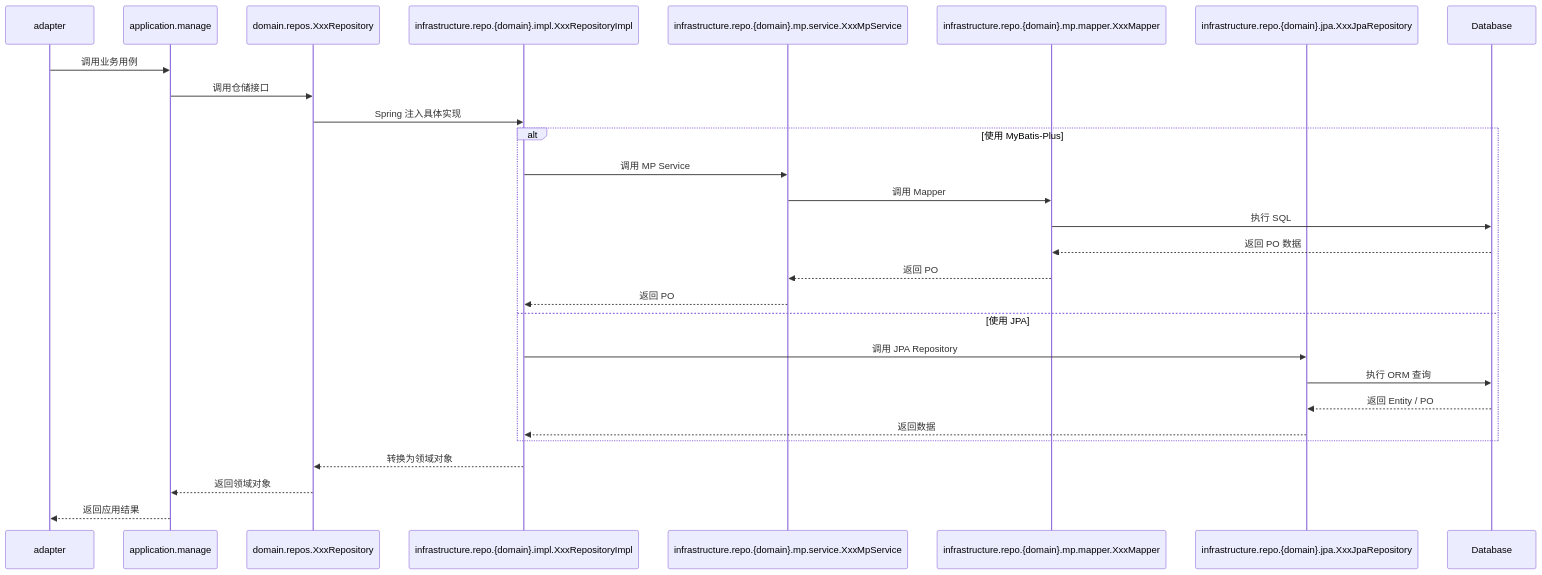
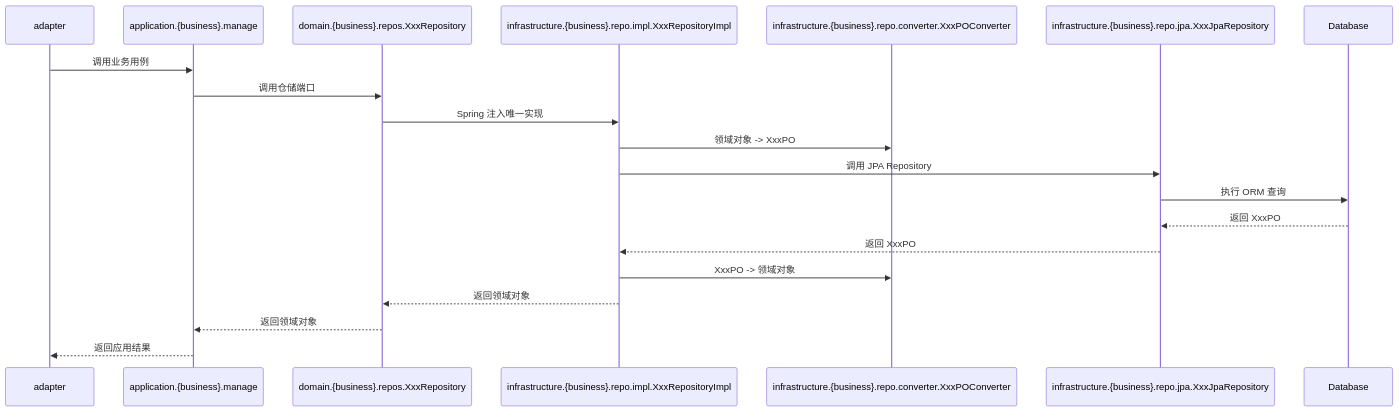
The ninth of 19 diagrams in egon-cola-archetypes/architecture-mermaid-diagrams.md (AllenDEricDAlexander/Egon-COLA), drawn with Mermaid before and after one commit. The commit also changed other lines of this file and 32 other files, not shown here.

First line of the commit message:
fix(archetypes): make architecture governance actually enforce, correct guide docs

````diff
--- a/egon-cola-archetypes/architecture-mermaid-diagrams.md
+++ b/egon-cola-archetypes/architecture-mermaid-diagrams.md
@@ -216,32 +256,22 @@
 ```mermaid
 sequenceDiagram
     participant Adapter as adapter
-    participant App as application.manage
-    participant DomainRepo as domain.repos.XxxRepository
-    participant RepoImpl as infrastructure.repo.{domain}.impl.XxxRepositoryImpl
-    participant MpService as infrastructure.repo.{domain}.mp.service.XxxMpService
-    participant Mapper as infrastructure.repo.{domain}.mp.mapper.XxxMapper
-    participant JpaRepo as infrastructure.repo.{domain}.jpa.XxxJpaRepository
+    participant App as application.{business}.manage
+    participant DomainRepo as domain.{business}.repos.XxxRepository
+    participant RepoImpl as infrastructure.{business}.repo.impl.XxxRepositoryImpl
+    participant Converter as infrastructure.{business}.repo.converter.XxxPOConverter
+    participant JpaRepo as infrastructure.{business}.repo.jpa.XxxJpaRepository
     participant DB as Database
     Adapter ->> App: 调用业务用例
-    App ->> DomainRepo: 调用仓储接口
-    DomainRepo ->> RepoImpl: Spring 注入具体实现
-
-    alt 使用 MyBatis-Plus
-        RepoImpl ->> MpService: 调用 MP Service
-        MpService ->> Mapper: 调用 Mapper
-        Mapper ->> DB: 执行 SQL
-        DB -->> Mapper: 返回 PO 数据
-        Mapper -->> MpService: 返回 PO
-        MpService -->> RepoImpl: 返回 PO
-    else 使用 JPA
-        RepoImpl ->> JpaRepo: 调用 JPA Repository
-        JpaRepo ->> DB: 执行 ORM 查询
-        DB -->> JpaRepo: 返回 Entity / PO
-        JpaRepo -->> RepoImpl: 返回数据
-    end
-
-    RepoImpl -->> DomainRepo: 转换为领域对象
+    App ->> DomainRepo: 调用仓储端口
+    DomainRepo ->> RepoImpl: Spring 注入唯一实现
+    RepoImpl ->> Converter: 领域对象 -> XxxPO
+    RepoImpl ->> JpaRepo: 调用 JPA Repository
+    JpaRepo ->> DB: 执行 ORM 查询
+    DB -->> JpaRepo: 返回 XxxPO
+    JpaRepo -->> RepoImpl: 返回 XxxPO
+    RepoImpl ->> Converter: XxxPO -> 领域对象
+    RepoImpl -->> DomainRepo: 返回领域对象
     DomainRepo -->> App: 返回领域对象
     App -->> Adapter: 返回应用结果
 ```
````
